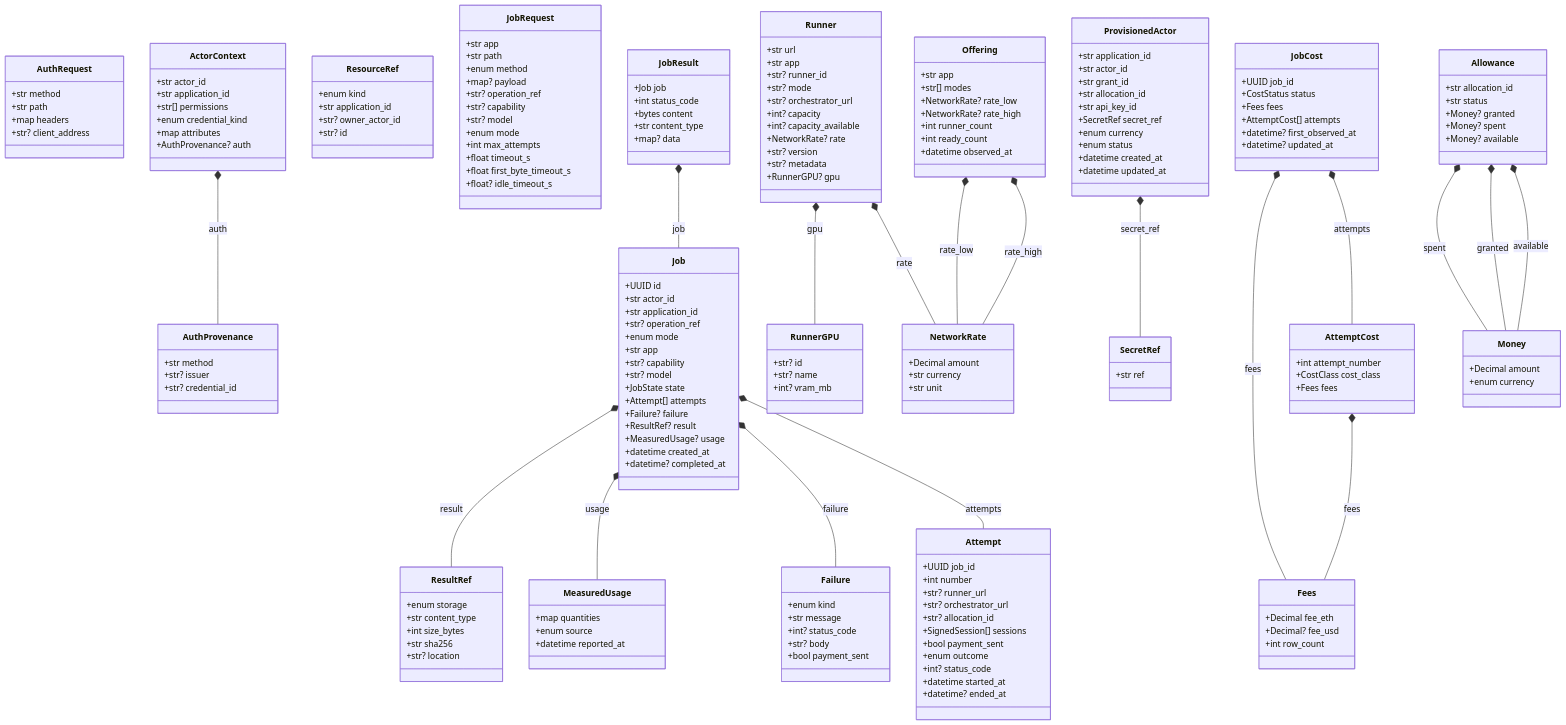
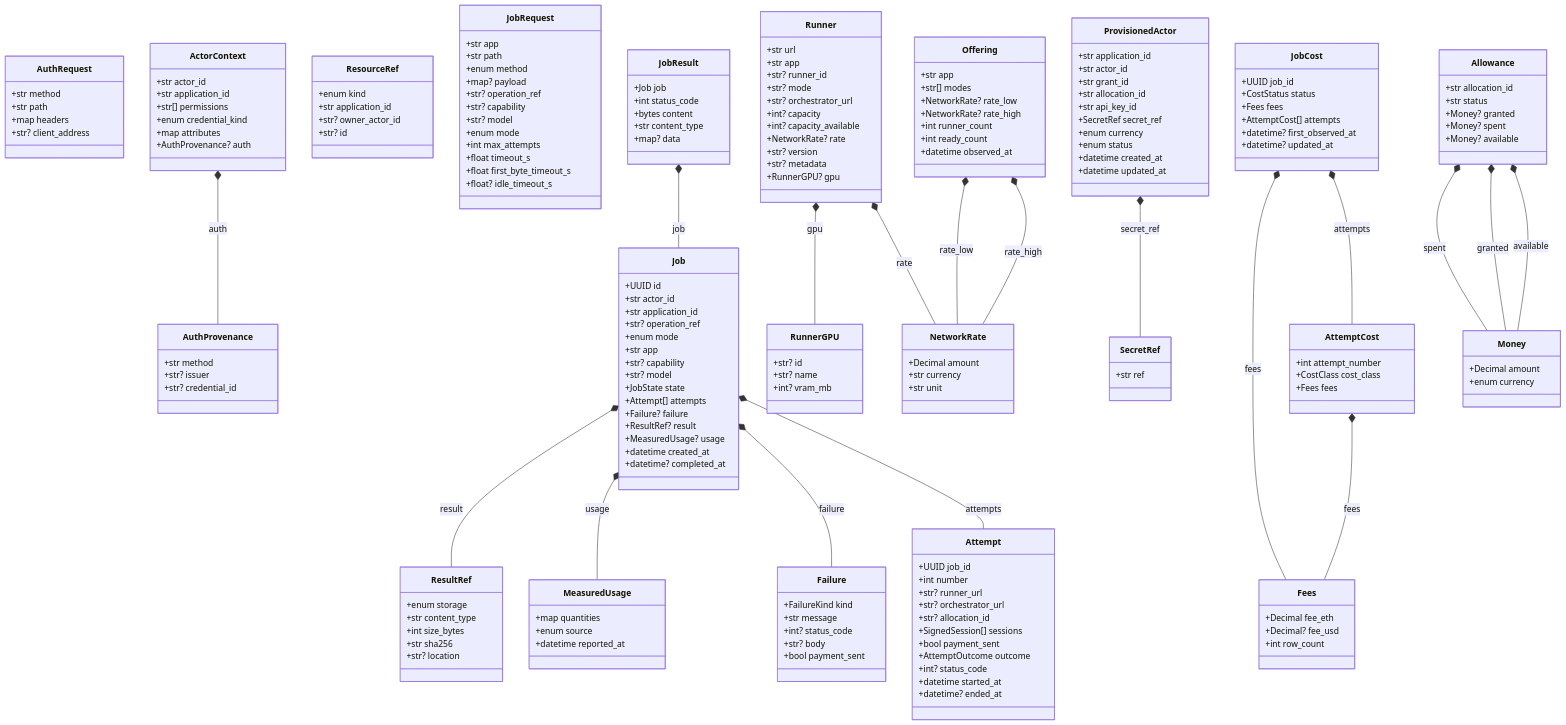
The diagram in docs/generated/contracts.md (NE-Build-Track/livepeer-builder-core), drawn with Mermaid before and after one commit. The commit also changed 14 other files, not shown here.

First line of the commit message:
AttemptOutcome and FailureKind as StrEnums

```diff
--- a/docs/generated/contracts.md
+++ b/docs/generated/contracts.md
@@ -70,13 +70,13 @@
         +str? allocation_id
         +SignedSession[] sessions
         +bool payment_sent
-        +enum outcome
+        +AttemptOutcome outcome
         +int? status_code
         +datetime started_at
         +datetime? ended_at
     }
     class Failure {
-        +enum kind
+        +FailureKind kind
         +str message
         +int? status_code
         +str? body
```
